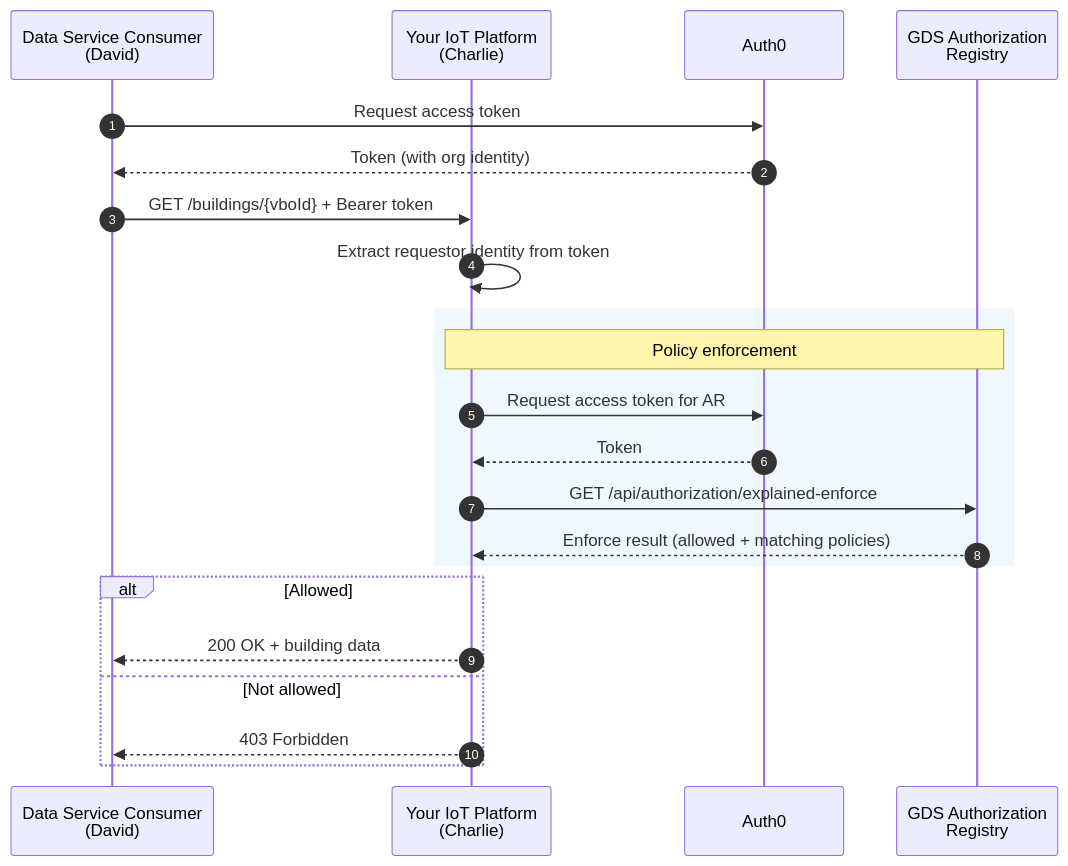
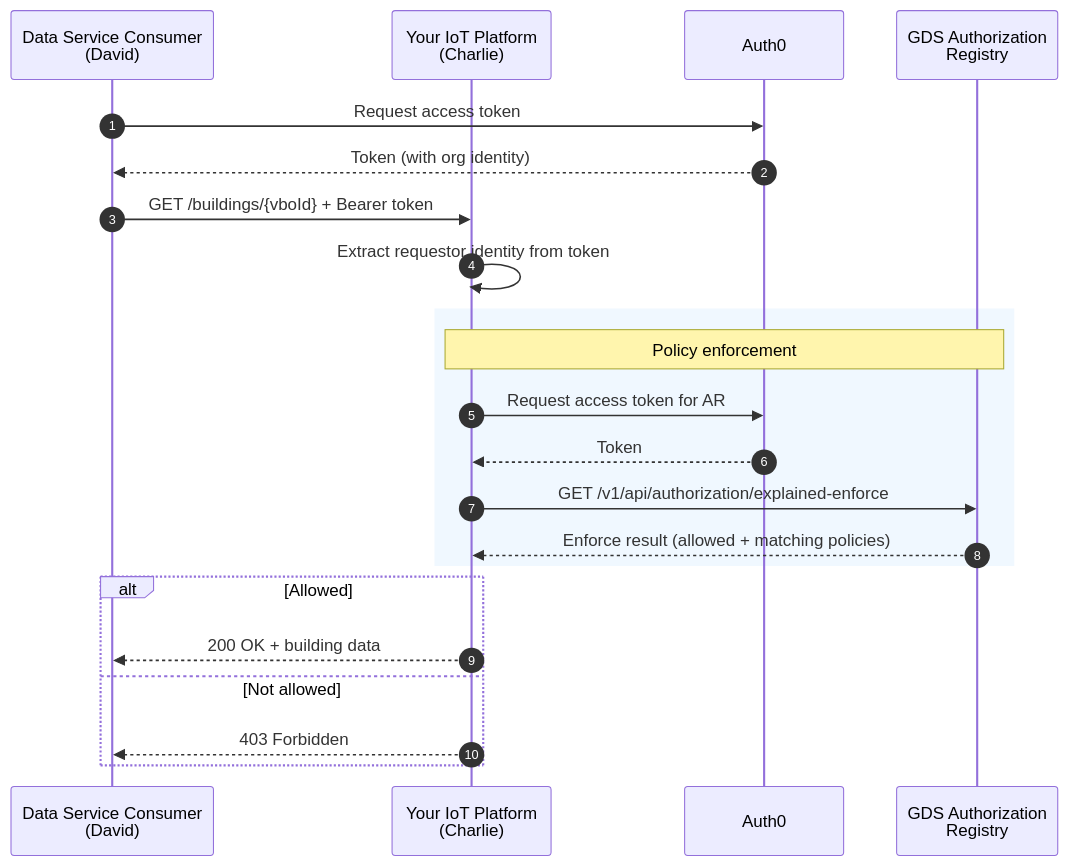
The diagram in gds-deprecated/provider-enforcement-guide.md (POORT8/Poort8.Docs), drawn with Mermaid before and after one commit. The commit also changed other lines of this file and 1 other file, not shown here.

````diff
--- a/gds-deprecated/provider-enforcement-guide.md
+++ b/gds-deprecated/provider-enforcement-guide.md
@@ -39,27 +39,27 @@
 ```mermaid
 sequenceDiagram
     autonumber
     participant Consumer as Data Service Consumer<br/>(David)
     participant Provider as Your IoT Platform<br/>(Charlie)
     participant Auth as Auth0
     participant AR as GDS Authorization<br/>Registry
 
     Consumer->>Auth: Request access token
     Auth-->>Consumer: Token (with org identity)
     Consumer->>Provider: GET /buildings/{vboId} + Bearer token
     Provider->>Provider: Extract requestor identity from token
 
     rect rgb(240,248,255)
     note over Provider,AR: Policy enforcement
     Provider->>Auth: Request access token for AR
     Auth-->>Provider: Token
-    Provider->>AR: GET /api/authorization/explained-enforce
+    Provider->>AR: GET /v1/api/authorization/explained-enforce
     AR-->>Provider: Enforce result (allowed + matching policies)
     end
 
     alt Allowed
         Provider-->>Consumer: 200 OK + building data
     else Not allowed
         Provider-->>Consumer: 403 Forbidden
     end
 ```
````
